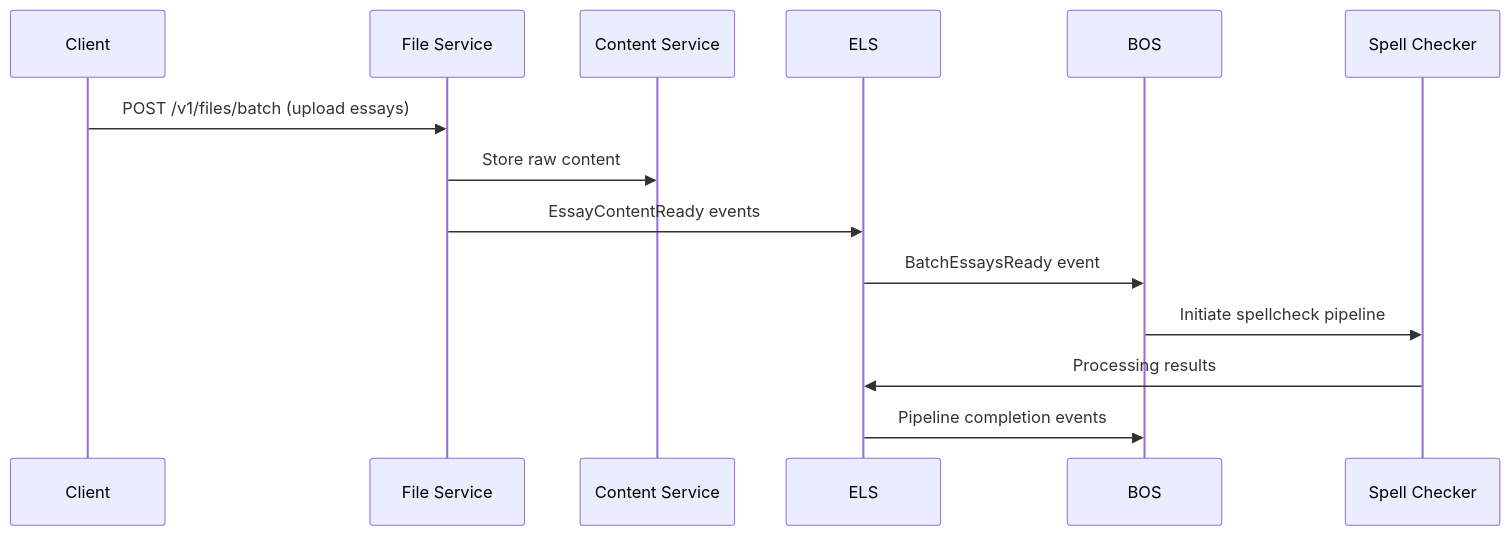
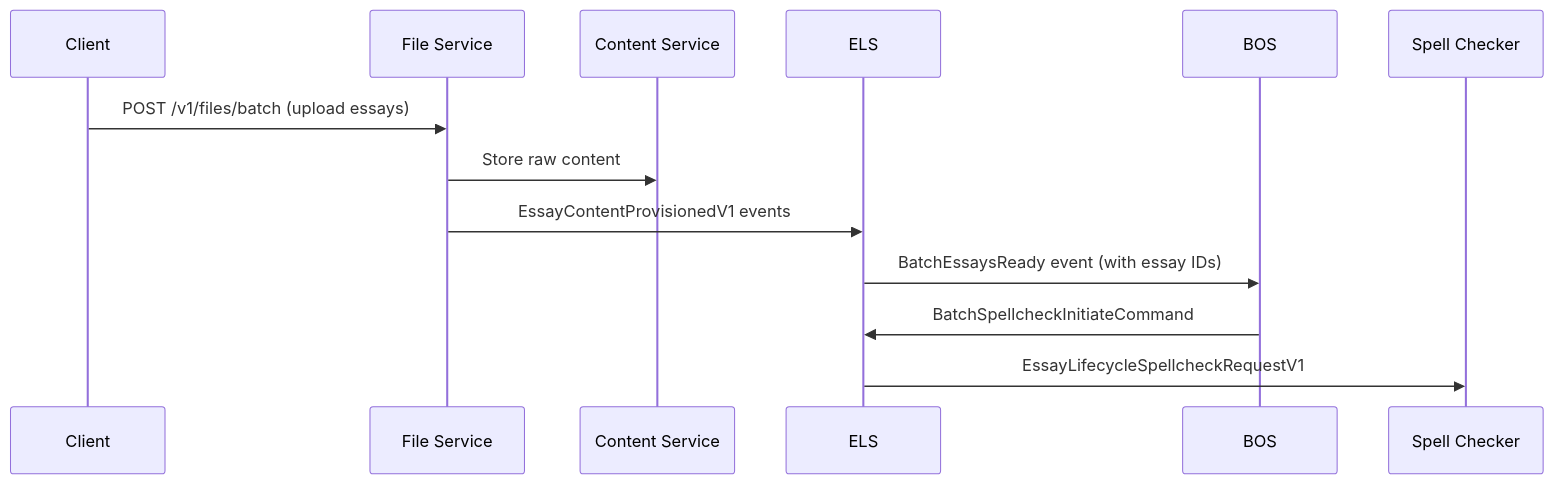
The diagram in Documentation/TASKS/BATCH_COORDINATION_ROADMAP.md (paunchygent/huleedu), drawn with Mermaid before and after one commit. The commit also changed other lines of this file and 23 other files, not shown here.

````diff
--- a/Documentation/TASKS/BATCH_COORDINATION_ROADMAP.md
+++ b/Documentation/TASKS/BATCH_COORDINATION_ROADMAP.md
@@ -93,10 +137,9 @@
 ```mermaid
 sequenceDiagram
     Client->>File Service: POST /v1/files/batch (upload essays)
     File Service->>Content Service: Store raw content
-    File Service->>ELS: EssayContentReady events
-    ELS->>BOS: BatchEssaysReady event
-    BOS->>Spell Checker: Initiate spellcheck pipeline
-    Spell Checker->>ELS: Processing results
-    ELS->>BOS: Pipeline completion events
+    File Service->>ELS: EssayContentProvisionedV1 events
+    ELS->>BOS: BatchEssaysReady event (with essay IDs)
+    BOS->>ELS: BatchSpellcheckInitiateCommand
+    ELS->>Spell Checker: EssayLifecycleSpellcheckRequestV1
 ```
````
